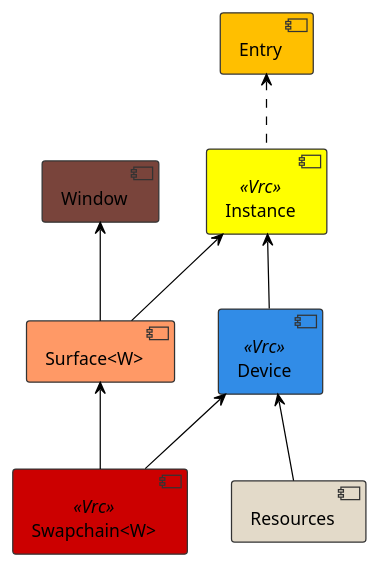
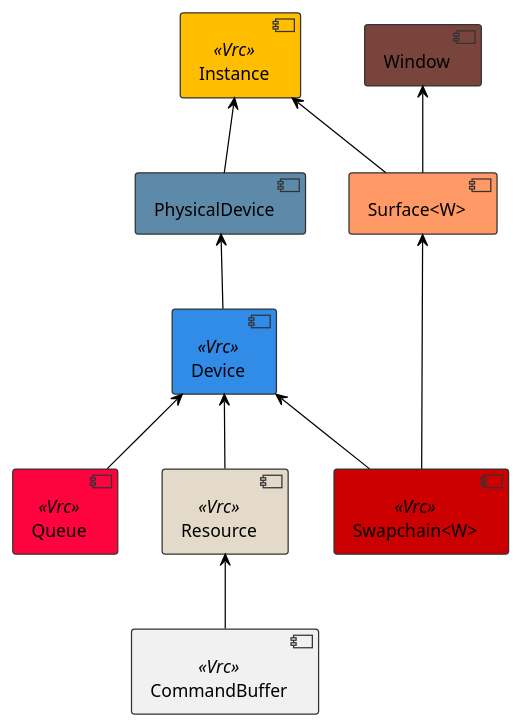
Before and after one commit to vulkayes/vulkayes-core: the diagram in documentation/object_lifetime.puml, drawn with PlantUML. The commit also changed 19 other files, not shown here.

```diff
--- a/documentation/object_lifetime.puml
+++ b/documentation/object_lifetime.puml
@@ -1,29 +1,35 @@
 @startuml object_lifetime
 
 skinparam {
 	ArrowColor #black
 	ComponentBorderColor #333
 	ComponentBorderThickness 1
 }
 
-component [Entry] #ffbf00
-component [Instance] <<Vrc>> #Yellow
+component [Instance] <<Vrc>> #ffbf00
+component [PhysicalDevice] #5d8aa8
 component [Window] #79443b
 component [Surface<W>] #ff9966
 component [Device] <<Vrc>> #318ce7
 component [Swapchain<W>] <<Vrc>> #cc0000
-component [Resources] #e3dac9
-
-[Entry] <.. [Instance]
+component [Queue] <<Vrc>> #ff033e
+component [Resource] <<Vrc>> #e3dac9
+component [CommandBuffer] <<Vrc>>
 
 [Instance] <-- [Surface<W>]
 [Window] <-- [Surface<W>]
 
-[Instance] <-- [Device]
+[Instance] <-- [PhysicalDevice]
+
+[PhysicalDevice] <-- [Device]
 
 [Surface<W>] <-- [Swapchain<W>]
 [Device] <-- [Swapchain<W>]
 
-[Device] <-- [Resources]
+[Device] <-- [Queue]
+
+[Device] <-- [Resource]
+
+[Resource] <-- [CommandBuffer]
 
 @enduml
```
